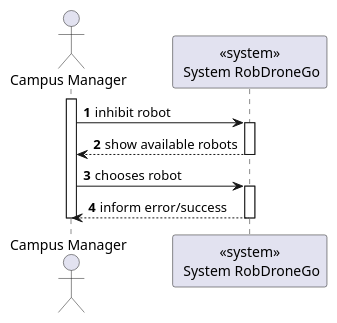
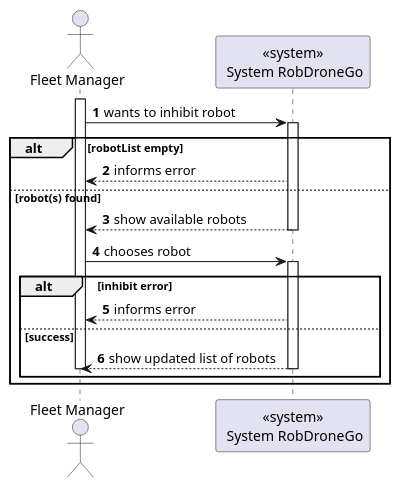
One commit to Departamento-de-Engenharia-Informatica/lapr5-23-24-g19 changed the diagram in docs/us1020/level1/process-view.puml. Above: the diagram before and after it, drawn with PlantUML. The commit also changed 5 other files, not shown here.

```diff
--- a/docs/us1020/level1/process-view.puml
+++ b/docs/us1020/level1/process-view.puml
@@ -1,20 +1,33 @@
 @startuml
 autonumber
 
-actor "Campus Manager" as usr
+actor "Fleet Manager" as usr
 
 participant "<<system>>\n System RobDroneGo" as sys
 
 activate usr
-    usr -> sys : inhibit robot
+
+    usr -> sys : wants to inhibit robot
     activate sys
+
+    alt robotList empty
+        sys --> usr: informs error
+    else robot(s) found
+
         sys --> usr : show available robots
     deactivate sys
 
     usr -> sys : chooses robot
     activate sys
-        sys --> usr : inform error/success
+
+    alt inhibit error
+        sys --> usr: informs error
+    else success
+
+
+        sys --> usr : show updated list of robots
     deactivate sys
 deactivate usr
-
+end
+end
 @enduml
```
